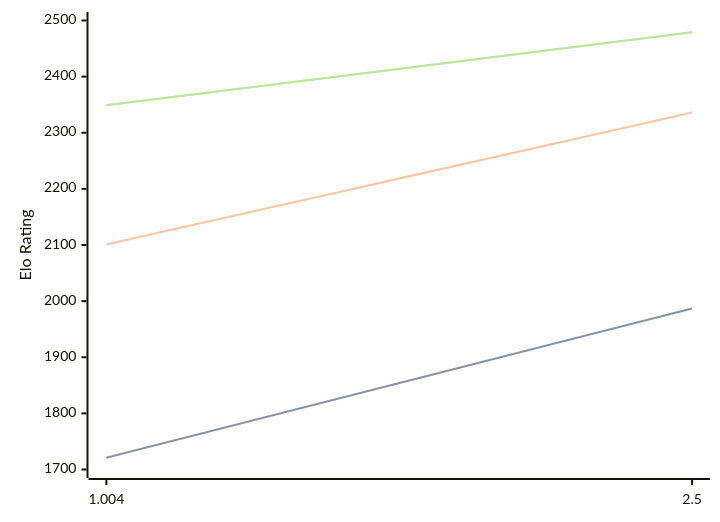
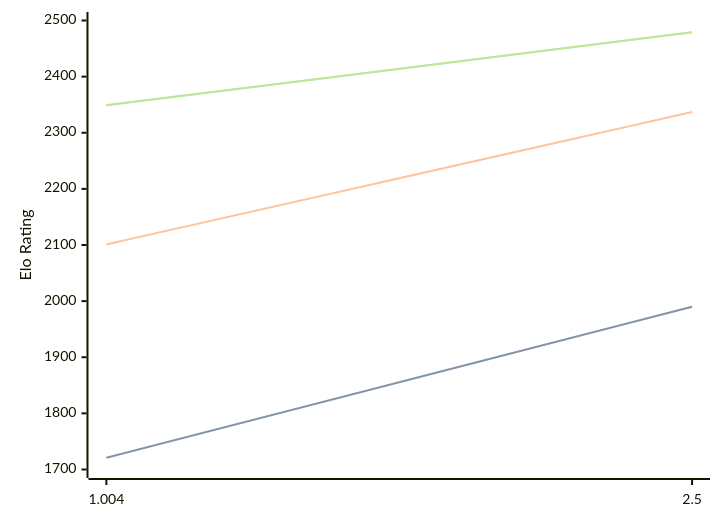
Before and after one commit to computer-chess-index/cci: the diagram in engines/Ares.md, drawn with Mermaid. The commit also changed other lines of this file, not shown here.

Commit message:
Update CCI Ratings (ELO VLTC) - 2026-04-03

````diff
--- a/engines/Ares.md
+++ b/engines/Ares.md
@@ -32,11 +32,11 @@
 ```mermaid
 %%{init: {"theme":"base","themeVariables":{"seriesColors:['#a3a3a3','#222221','#faa371']}}}%%
 xychart-beta
   x-axis ["1.004", "2.5"]
   y-axis "Elo Rating" 1700 --> 2500
-  line "STC (8.0+0.08s)" [1721, 1987]
-  line "STC (8.0+0.08s)" [1721, 1987]
-  line "LTC (60.0+0.60s)" [2101, 2336]
+  line "STC (8.0+0.08s)" [1721, 1990]
+  line "STC (8.0+0.08s)" [1721, 1990]
+  line "LTC (60.0+0.60s)" [2101, 2337]
   line "VLTC (2m24s+1.12s)" [2349, 2479]
   line "VLTC (2m24s+1.12s)" [2349, 2479]
 ```
````
